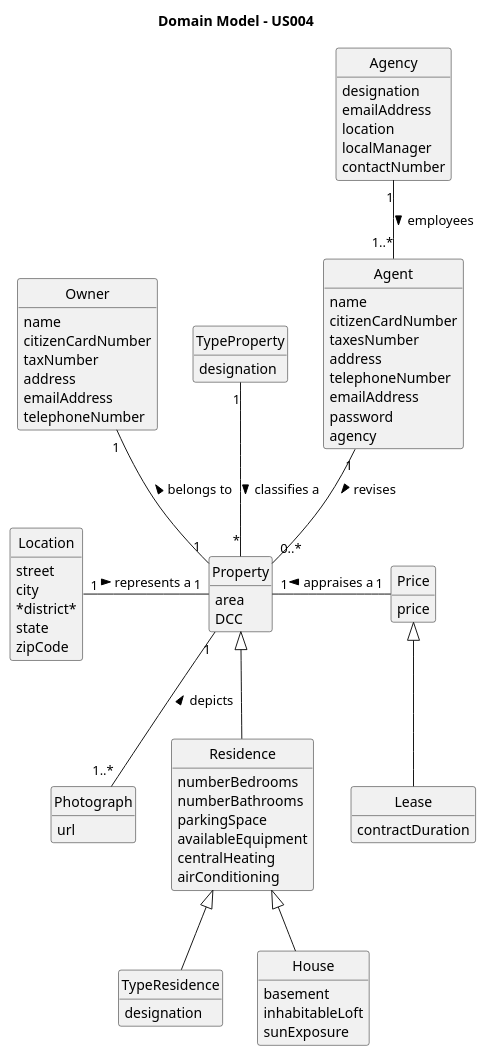
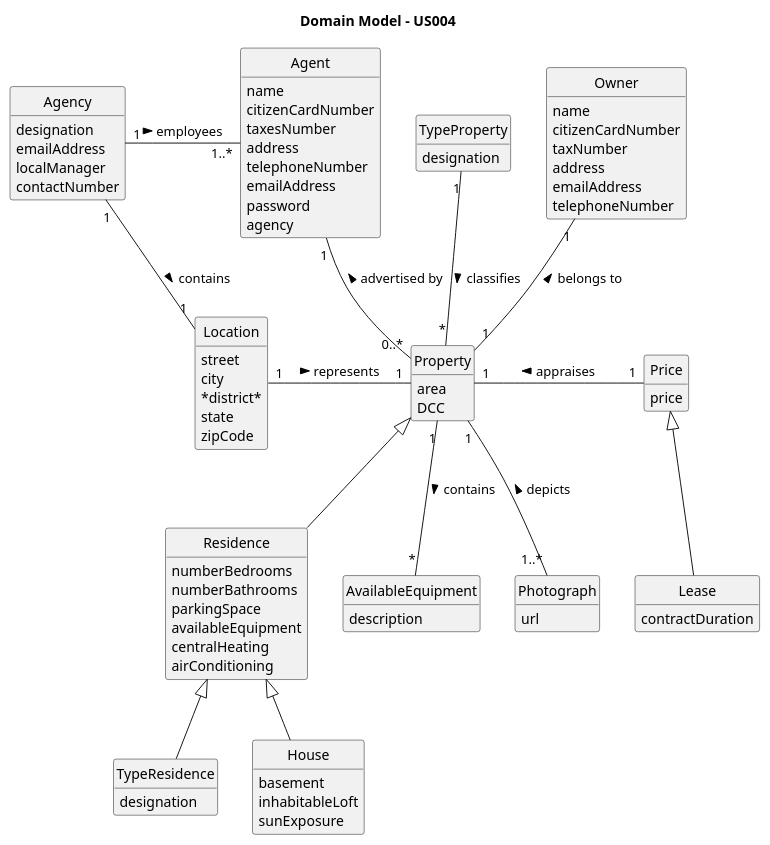
Before and after one commit to rita-barbosa/LAPR2-2223: the diagram in docs/sprintA/us004/02.analysis/puml/us004-domain-model.puml, drawn with PlantUML. The commit also changed 1 other file, not shown here.

```diff
--- a/docs/sprintA/us004/02.analysis/puml/us004-domain-model.puml
+++ b/docs/sprintA/us004/02.analysis/puml/us004-domain-model.puml
@@ -1,100 +1,104 @@
 @startuml
 skinparam monochrome true
 skinparam packageStyle rectangle
 skinparam shadowing false
 
 'left to right direction
 
 skinparam classAttributeIconSize 0
 
 hide circle
 hide methods
 
 title Domain Model - US004
 
 class Property {
     area
     DCC
 }
 
 class Photograph{
     url
 }
 
 class Lease extends Price{
     contractDuration
 }
 
 class Price {
     price
 }
 
 class Residence extends Property{
     numberBedrooms
     numberBathrooms
     parkingSpace
     availableEquipment
     centralHeating
     airConditioning
 }
 
 class Location{
     street
     city
     *district*
     state
     zipCode
 }
 
 class TypeResidence extends Residence{
     designation
 }
 
 class TypeProperty{
     designation
 }
 
 class House extends Residence{
     basement
     inhabitableLoft
     sunExposure
 }
 
+class AvailableEquipment{
+    description
+}
+
 class Agent {
     name
     citizenCardNumber
     taxesNumber
     address
     telephoneNumber
     emailAddress
     password
     agency
 }
 
 class Agency {
     designation
     emailAddress
-    location
     localManager
     contactNumber
 }
 
 class Owner {
     name
     citizenCardNumber
     taxNumber
     address
     emailAddress
     telephoneNumber
 }
 
-TypeProperty "1" -- "*" Property : classifies a >
-Price "1" -left- "1" Property : appraises a >
+Agency "1" -- "1" Location : contains >
+TypeProperty "1" -- "*" Property : classifies >
+Price "1" -left- "1" Property : appraises >
 Property "1" -up- "1" Owner : belongs to >
-Agent "1" -down- "0..*" Property : revises >
-Agency "1" -down- "1..*" Agent : employees >
+Agent "1" -down- "0..*" Property : < advertised by
+Agency "1" -right- "1..*" Agent : employees >
 Photograph "1..*" -up- "1" Property : depicts >
-Location "1" -right- "1" Property : represents a >
-
+Location "1" -right- "1" Property : represents >
+Property "1" -- "*" AvailableEquipment : contains >
 
 @enduml
```
